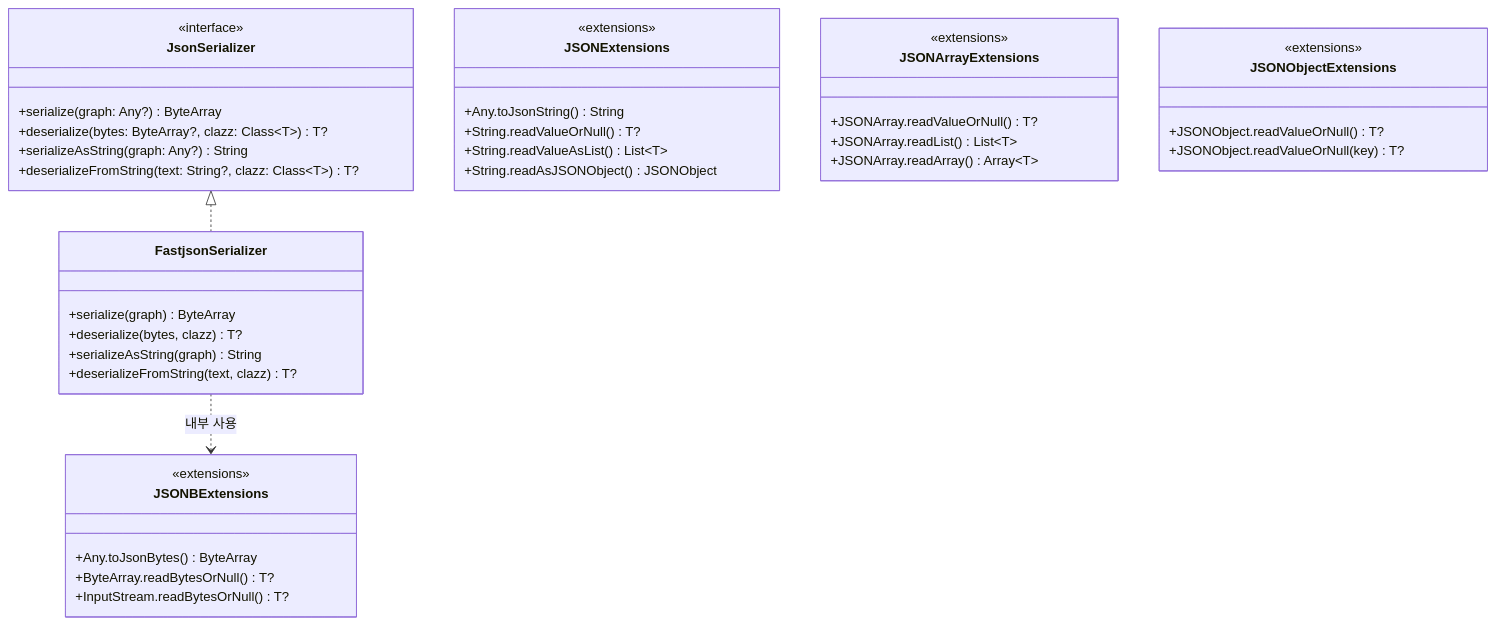
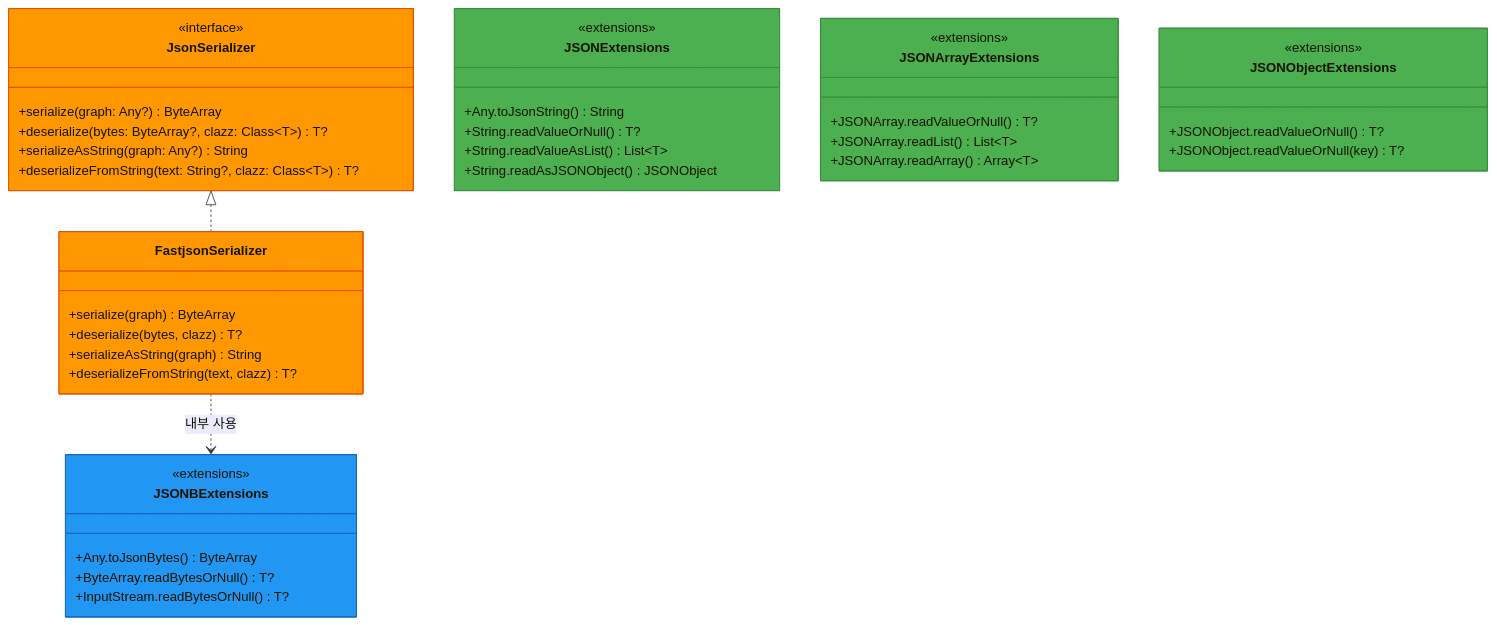
One commit to bluetape4k/bluetape4k-projects changed the first of 2 diagrams in io/fastjson2/README.md. Above: the diagram before and after it, drawn with Mermaid. The commit also changed 74 other files, not shown here.

First line of the commit message:
docs: bluetape4k/core/coroutines/logging, io/feign~vertx README 색상 Mermaid UML 추가

````diff
--- a/io/fastjson2/README.md
+++ b/io/fastjson2/README.md
@@ -127,48 +127,54 @@
 ```mermaid
 classDiagram
-    class JsonSerializer {
+    class JsonSerializer:::serializerStyle {
         <<interface>>
         +serialize(graph: Any?) ByteArray
         +deserialize(bytes: ByteArray?, clazz: Class~T~) T?
         +serializeAsString(graph: Any?) String
         +deserializeFromString(text: String?, clazz: Class~T~) T?
     }
 
-    class FastjsonSerializer {
+    class FastjsonSerializer:::serializerStyle {
         +serialize(graph) ByteArray
         +deserialize(bytes, clazz) T?
         +serializeAsString(graph) String
         +deserializeFromString(text, clazz) T?
     }
 
-    class JSONExtensions {
+    class JSONExtensions:::extensionStyle {
         <<extensions>>
         +Any.toJsonString() String
         +String.readValueOrNull() T?
         +String.readValueAsList() List~T~
         +String.readAsJSONObject() JSONObject
     }
 
-    class JSONBExtensions {
+    class JSONBExtensions:::codecStyle {
         <<extensions>>
         +Any.toJsonBytes() ByteArray
         +ByteArray.readBytesOrNull() T?
         +InputStream.readBytesOrNull() T?
     }
 
-    class JSONArrayExtensions {
+    class JSONArrayExtensions:::extensionStyle {
         <<extensions>>
         +JSONArray.readValueOrNull() T?
         +JSONArray.readList() List~T~
         +JSONArray.readArray() Array~T~
     }
 
-    class JSONObjectExtensions {
+    class JSONObjectExtensions:::extensionStyle {
         <<extensions>>
         +JSONObject.readValueOrNull() T?
         +JSONObject.readValueOrNull(key) T?
     }
 
     JsonSerializer <|.. FastjsonSerializer
     FastjsonSerializer ..> JSONBExtensions : 내부 사용
+
+    classDef serializerStyle fill:#FF9800,stroke:#E65100
+    classDef extensionStyle fill:#4CAF50,stroke:#388E3C
+    classDef codecStyle fill:#2196F3,stroke:#1565C0
+    classDef ioStyle fill:#607D8B,stroke:#37474F
+    classDef encryptStyle fill:#F44336,stroke:#B71C1C
 ```
````
